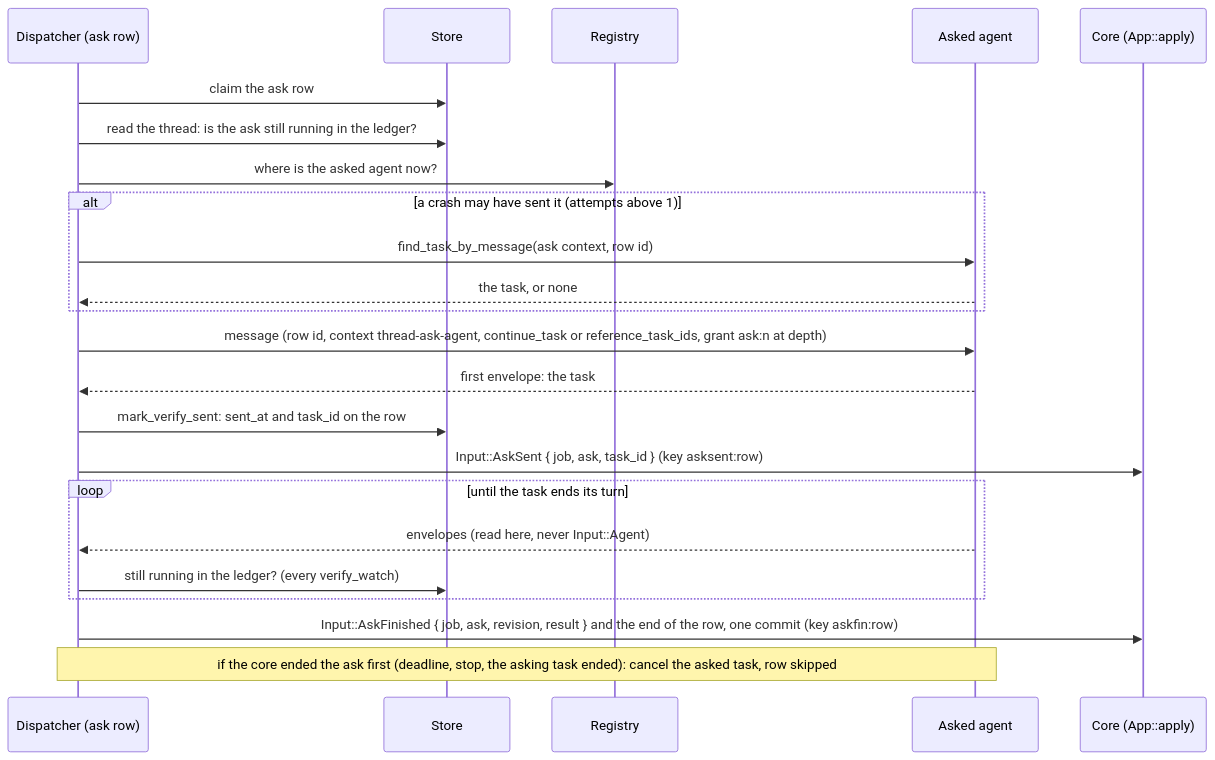
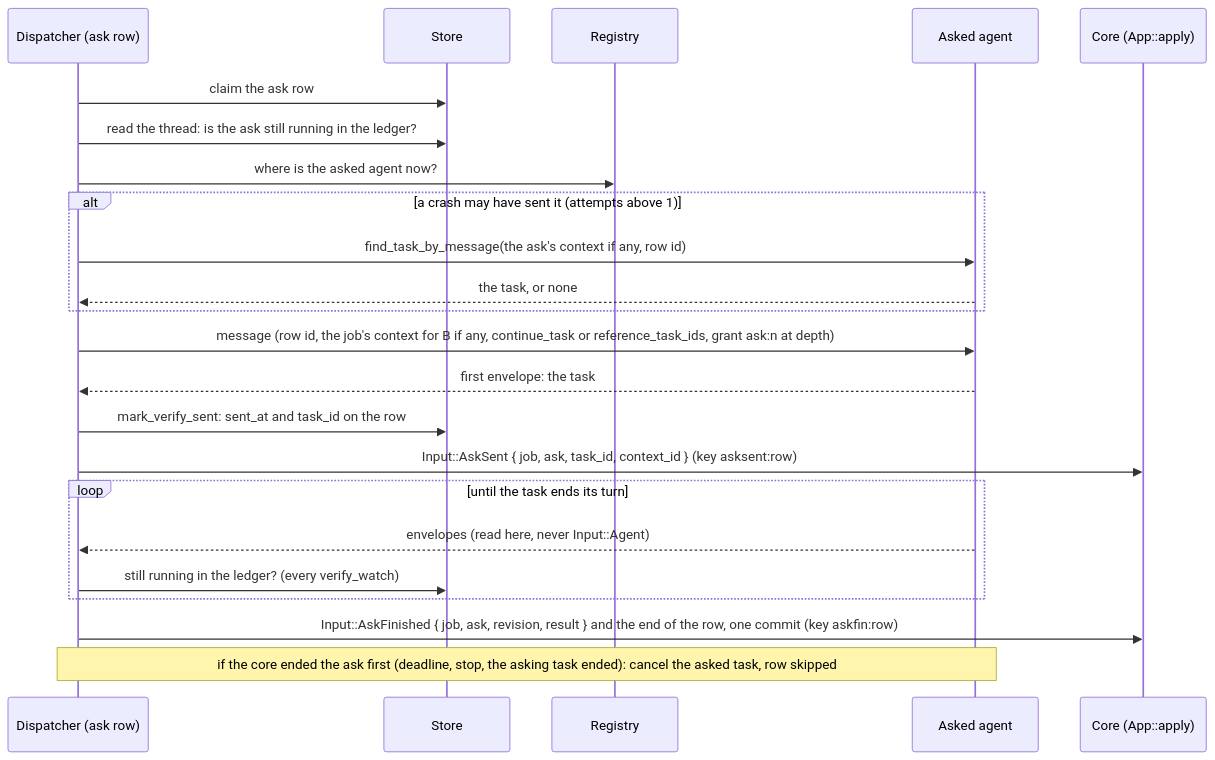
One commit to vymalo/another-agentic-system changed diagram 12 of 44 in docs/orchestrator.md. Above: the diagram before and after it, drawn with Mermaid. The commit also changed other lines of this file and 145 other files, not shown here.

First line of the commit message:
feat(orchestrator)!: the agent assigns the A2A context; kagent 0.10 and 1.x scenarios (ADR 0055) (#196)

````diff
--- a/docs/orchestrator.md
+++ b/docs/orchestrator.md
@@ -682,25 +690,25 @@
 ```mermaid
 sequenceDiagram
   participant D as Dispatcher (ask row)
   participant S as Store
   participant R as Registry
   participant B as Asked agent
   participant C as Core (App::apply)
   D->>S: claim the ask row
   D->>S: read the thread: is the ask still running in the ledger?
   D->>R: where is the asked agent now?
   alt a crash may have sent it (attempts above 1)
-    D->>B: find_task_by_message(ask context, row id)
+    D->>B: find_task_by_message(the ask's context if any, row id)
     B-->>D: the task, or none
   end
-  D->>B: message (row id, context thread-ask-agent, continue_task or reference_task_ids, grant ask:n at depth)
+  D->>B: message (row id, the job's context for B if any, continue_task or reference_task_ids, grant ask:n at depth)
   B-->>D: first envelope: the task
   D->>S: mark_verify_sent: sent_at and task_id on the row
-  D->>C: Input::AskSent { job, ask, task_id } (key asksent:row)
+  D->>C: Input::AskSent { job, ask, task_id, context_id } (key asksent:row)
   loop until the task ends its turn
     B-->>D: envelopes (read here, never Input::Agent)
     D->>S: still running in the ledger? (every verify_watch)
   end
   D->>C: Input::AskFinished { job, ask, revision, result } and the end of the row, one commit (key askfin:row)
   Note over D,B: if the core ended the ask first (deadline, stop, the asking task ended): cancel the asked task, row skipped
 ```
````
